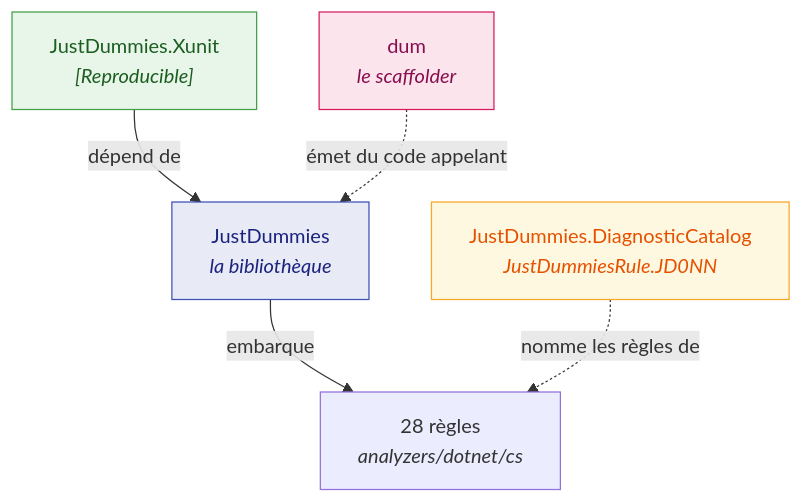
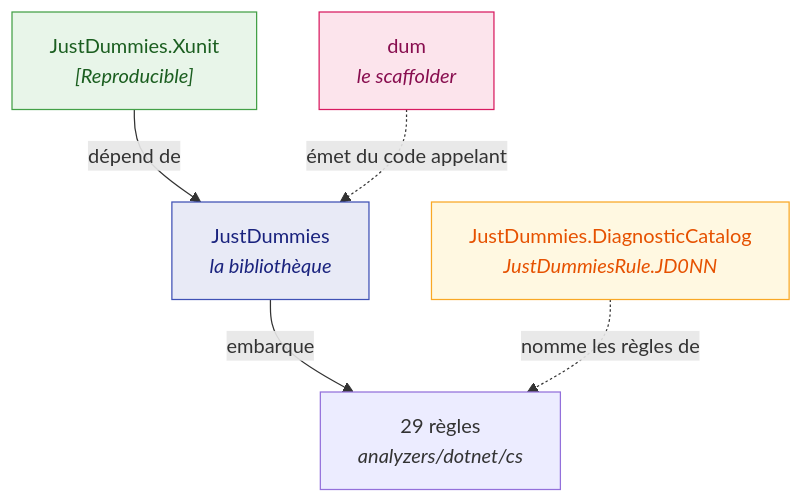
One commit to Reefact/just-dummies changed the diagram in doc/handwritten/for-users/packages/README.fr.md. Above: the diagram before and after it, drawn with Mermaid. The commit also changed other lines of this file and 38 other files, not shown here.

````diff
--- a/doc/handwritten/for-users/packages/README.fr.md
+++ b/doc/handwritten/for-users/packages/README.fr.md
@@ -19,12 +19,12 @@
 ```mermaid
 flowchart TD
-    L["JustDummies<br/><i>la bibliothèque</i>"] -->|"embarque"| A["28 règles<br/><i>analyzers/dotnet/cs</i>"]
+    L["JustDummies<br/><i>la bibliothèque</i>"] -->|"embarque"| A["29 règles<br/><i>analyzers/dotnet/cs</i>"]
     X["JustDummies.Xunit<br/><i>[Reproducible]</i>"] -->|"dépend de"| L
     C["JustDummies.DiagnosticCatalog<br/><i>JustDummiesRule.JD0NN</i>"]
     C -.->|"nomme les règles de"| A
     D["dum<br/><i>le scaffolder</i>"] -.->|"émet du code appelant"| L
     style L fill:#e8eaf6,stroke:#3f51b5,color:#1a237e
     style X fill:#e8f5e9,stroke:#43a047,color:#1b5e20
     style C fill:#fff8e1,stroke:#f9a825,color:#e65100
     style D fill:#fce4ec,stroke:#d81b60,color:#880e4f
 ```
````
